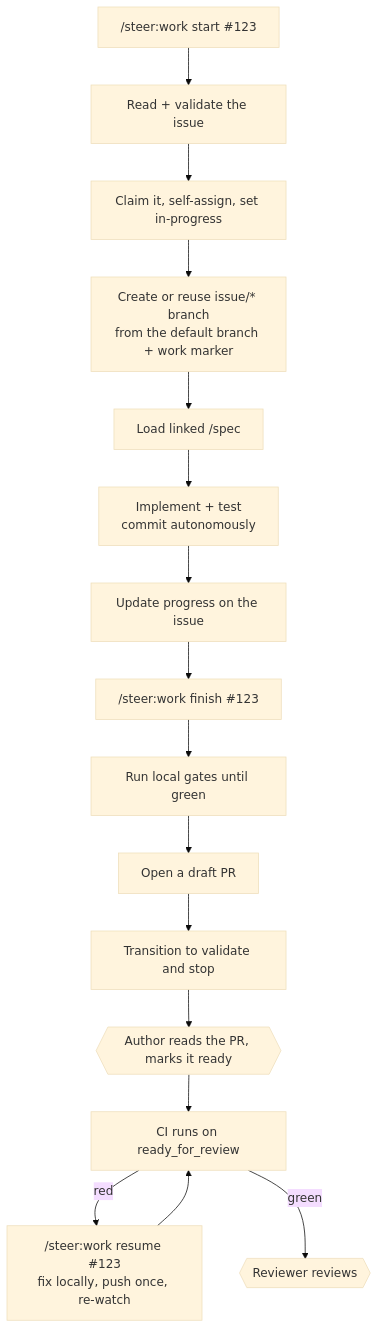
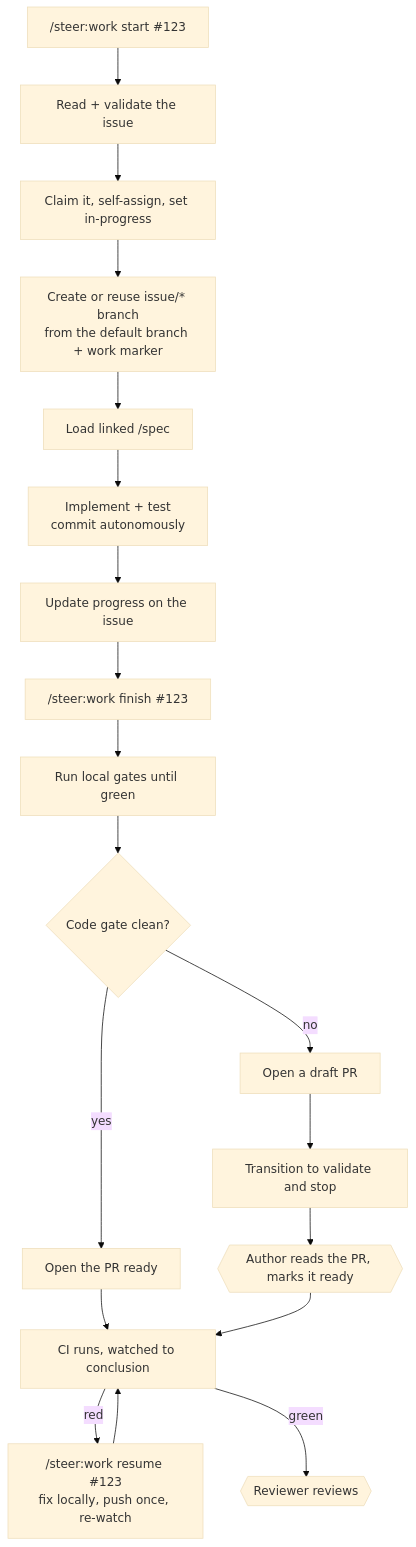
The diagram in docs/workflows/work.md (element22llc/e22-plugins), drawn with Mermaid (base theme) before and after one commit. The commit also changed other lines of this file and 25 other files, not shown here.

First line of the commit message:
feat(skills): open the /steer:work PR ready when the code gate is clean

````diff
--- a/docs/workflows/work.md
+++ b/docs/workflows/work.md
@@ -57,18 +57,21 @@
 ```mermaid
 flowchart TD
     START["/steer:work start #123"] --> VALIDATE[Read + validate the issue]
     VALIDATE --> CLAIM[Claim it, self-assign, set in-progress]
     CLAIM --> BRANCH[Create or reuse issue/* branch<br/>from the default branch + work marker]
     BRANCH --> SPEC[Load linked /spec]
     SPEC --> IMPL[Implement + test<br/>commit autonomously]
     IMPL --> PROGRESS[Update progress on the issue]
     PROGRESS --> FINISH["/steer:work finish #123"]
     FINISH --> GATES[Run local gates until green]
-    GATES --> PR[Open a draft PR]
+    GATES --> CLEAN{Code gate clean?}
+    CLEAN -->|yes| RPR[Open the PR ready]
+    RPR --> CI[CI runs, watched to conclusion]
+    CLEAN -->|no| PR[Open a draft PR]
     PR --> STATE[Transition to validate and stop]
     STATE --> READY{{Author reads the PR, marks it ready}}
-    READY --> CI[CI runs on ready_for_review]
+    READY --> CI
     CI -->|red| FIX["/steer:work resume #123<br/>fix locally, push once, re-watch"]
     FIX --> CI
     CI -->|green| REVIEW{{Reviewer reviews}}
 ```
````
